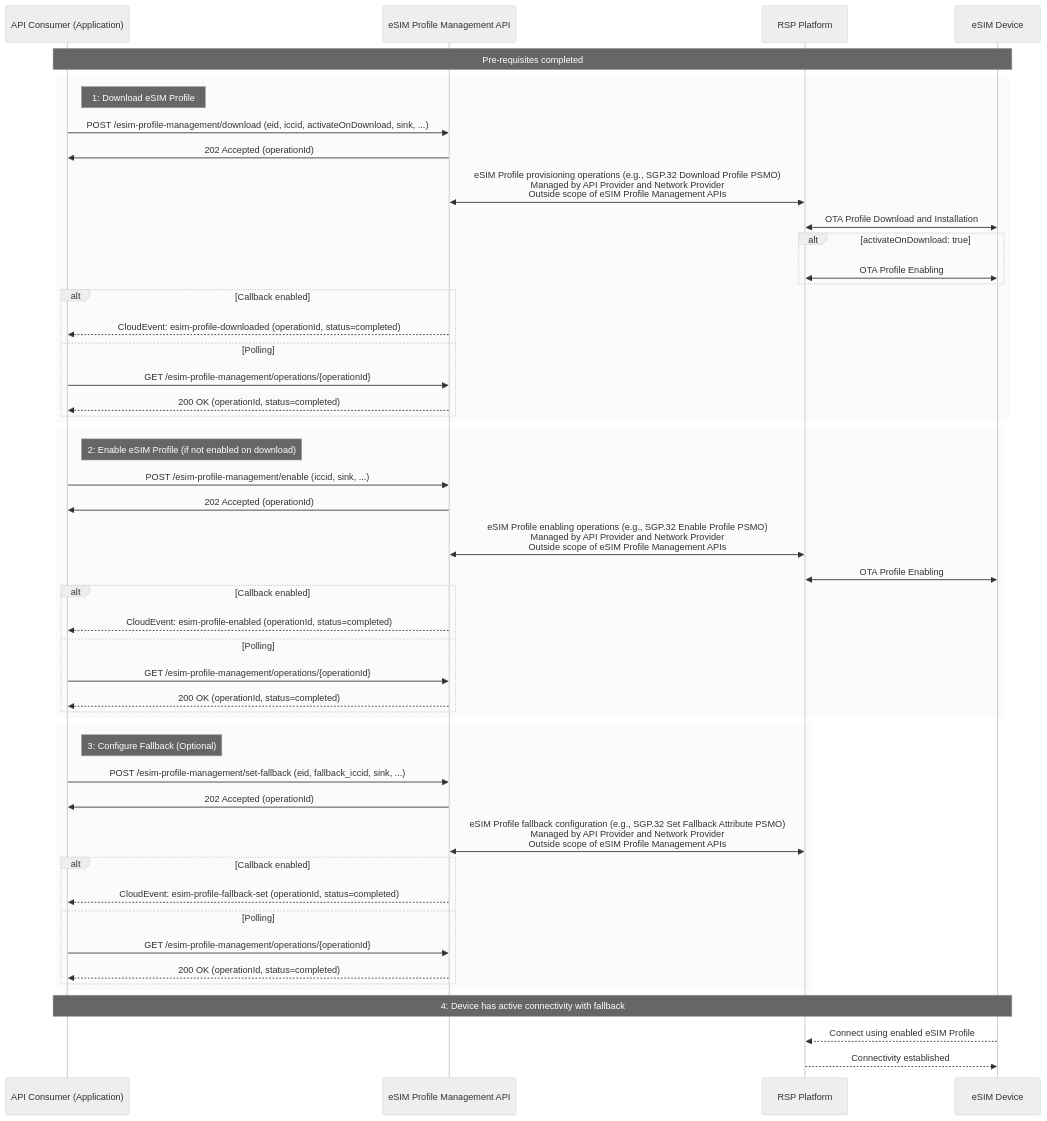
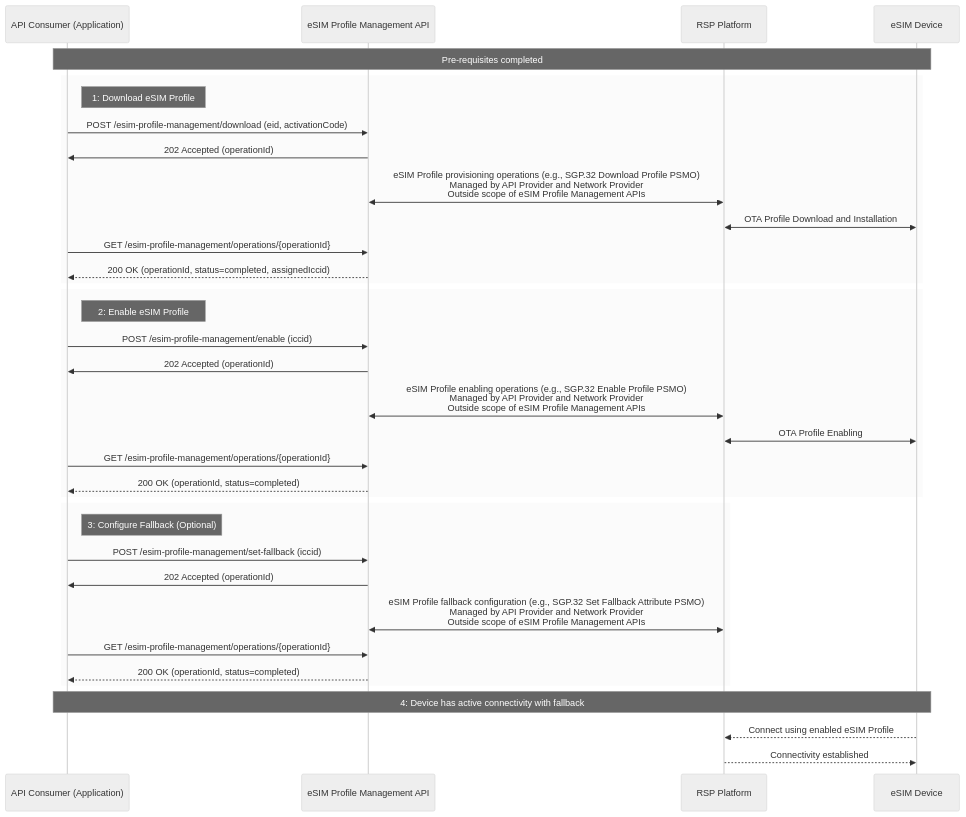
Before and after one commit to camaraproject/IoTDeviceManagement: the second of 4 diagrams in documentation/API_documentation/eSIM-Profile-Management_GeneralDescription.md, drawn with Mermaid (neutral theme). The commit also changed other lines of this file and 1 other file, not shown here.

First line of the commit message:
fix: align eSIM doc with spec and add identifier consistency handling

````diff
--- a/documentation/API_documentation/eSIM-Profile-Management_GeneralDescription.md
+++ b/documentation/API_documentation/eSIM-Profile-Management_GeneralDescription.md
@@ -67,56 +67,41 @@
 ```mermaid
 sequenceDiagram
     participant App as API Consumer (Application)
     participant API as eSIM Profile Management API
     participant RSP as RSP Platform
     participant Device as eSIM Device
     Note over App,Device: Pre-requisites completed
 
     rect rgba(240, 240, 240, 0.3)
         note right of App: 1: Download eSIM Profile
-        App->>API: POST /esim-profile-management/download (eid, iccid, activateOnDownload, sink, ...)
+        App->>API: POST /esim-profile-management/download (eid, activationCode)
         API->>App: 202 Accepted (operationId)
         API<<->>RSP: eSIM Profile provisioning operations (e.g., SGP.32 Download Profile PSMO)<br>Managed by API Provider and Network Provider<br>Outside scope of eSIM Profile Management APIs
         RSP<<->>Device: OTA Profile Download and Installation
-        alt activateOnDownload: true
-            RSP<<->>Device: OTA Profile Enabling
-        end
-        alt Callback enabled
-            API-->>App: CloudEvent: esim-profile-downloaded (operationId, status=completed)
-        else Polling
-            App->>API: GET /esim-profile-management/operations/{operationId}
-            API-->>App: 200 OK (operationId, status=completed)
-        end
+        App->>API: GET /esim-profile-management/operations/{operationId}
+        API-->>App: 200 OK (operationId, status=completed, assignedIccid)
     end
 
     rect rgba(240, 240, 240, 0.3)
-        note right of App: 2: Enable eSIM Profile (if not enabled on download)
-        App->>API: POST /esim-profile-management/enable (iccid, sink, ...)
+        note right of App: 2: Enable eSIM Profile
+        App->>API: POST /esim-profile-management/enable (iccid)
         API->>App: 202 Accepted (operationId)
         API<<->>RSP: eSIM Profile enabling operations (e.g., SGP.32 Enable Profile PSMO)<br>Managed by API Provider and Network Provider<br>Outside scope of eSIM Profile Management APIs
         RSP<<->>Device: OTA Profile Enabling
-        alt Callback enabled
-            API-->>App: CloudEvent: esim-profile-enabled (operationId, status=completed)
-        else Polling
-            App->>API: GET /esim-profile-management/operations/{operationId}
-            API-->>App: 200 OK (operationId, status=completed)
-        end
+        App->>API: GET /esim-profile-management/operations/{operationId}
+        API-->>App: 200 OK (operationId, status=completed)
     end
 
     rect rgba(240, 240, 240, 0.3)
         note right of App: 3: Configure Fallback (Optional)
-        App->>API: POST /esim-profile-management/set-fallback (eid, fallback_iccid, sink, ...)
+        App->>API: POST /esim-profile-management/set-fallback (iccid)
         API->>App: 202 Accepted (operationId)
         API<<->>RSP: eSIM Profile fallback configuration (e.g., SGP.32 Set Fallback Attribute PSMO)<br>Managed by API Provider and Network Provider<br>Outside scope of eSIM Profile Management APIs
-        alt Callback enabled
-            API-->>App: CloudEvent: esim-profile-fallback-set (operationId, status=completed)
-        else Polling
-            App->>API: GET /esim-profile-management/operations/{operationId}
-            API-->>App: 200 OK (operationId, status=completed)
-        end
+        App->>API: GET /esim-profile-management/operations/{operationId}
+        API-->>App: 200 OK (operationId, status=completed)
     end
 
     Note over App,Device: 4: Device has active connectivity with fallback
     Device-->>RSP: Connect using enabled eSIM Profile
     RSP-->>Device: Connectivity established
 ```
````
